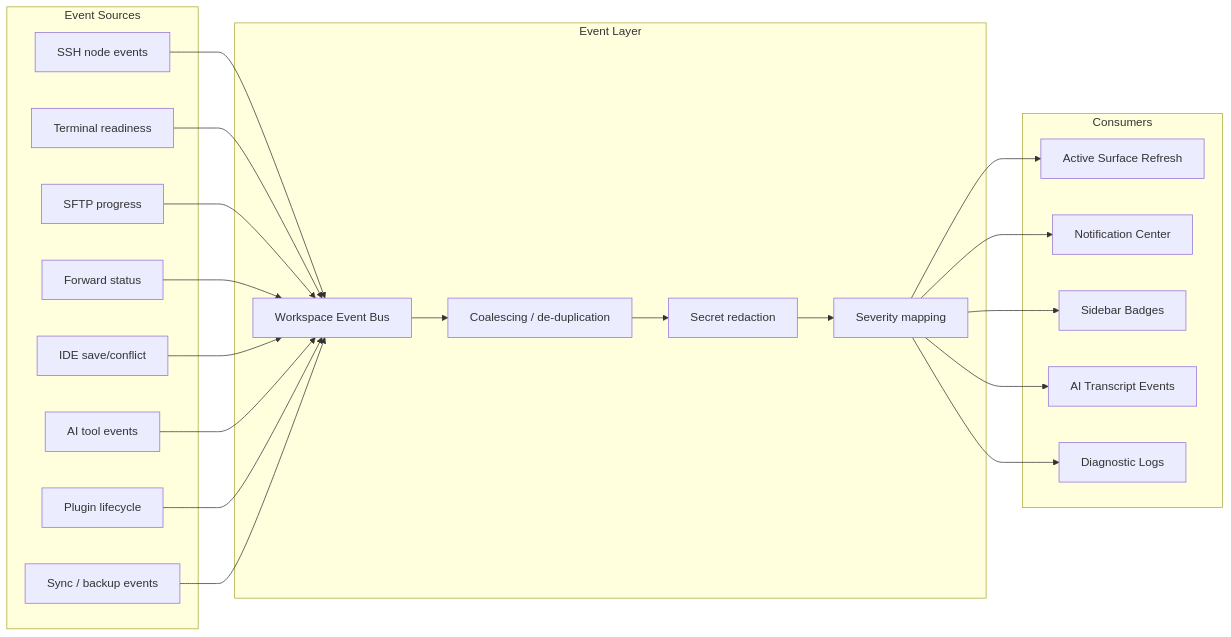
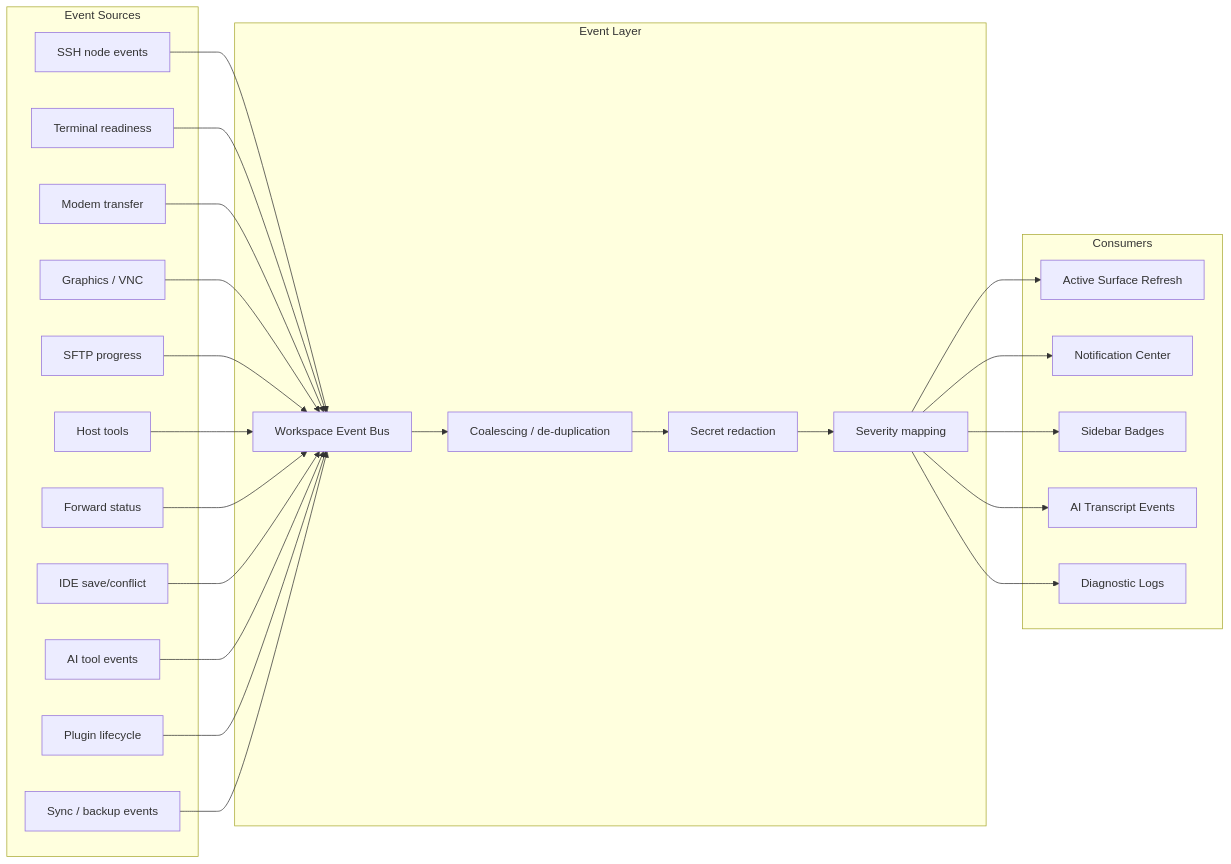
Before and after one commit to AnalyseDeCircuit/oxideterm: diagram 15 of 15 in docs/user-guide/en/architecture.md, drawn with Mermaid. The commit also changed other lines of this file and 17 other files, not shown here.

Commit message:
docs: refresh native architecture guide

````diff
--- a/docs/user-guide/en/architecture.md
+++ b/docs/user-guide/en/architecture.md
@@ -1472,43 +1622,49 @@
 ```mermaid
 flowchart LR
     subgraph Sources["Event Sources"]
         SSH["SSH node events"]
         Term["Terminal readiness"]
+        Modem["Modem transfer"]
+        Graphics["Graphics / VNC"]
         SFTP["SFTP progress"]
+        HostTools["Host tools"]
         Forward["Forward status"]
         IDE["IDE save/conflict"]
         AI["AI tool events"]
         Plugin["Plugin lifecycle"]
         Sync["Sync / backup events"]
     end
 
     subgraph EventLayer["Event Layer"]
         Bus["Workspace Event Bus"]
         Coalesce["Coalescing / de-duplication"]
         Redact["Secret redaction"]
         Severity["Severity mapping"]
     end
 
     subgraph Consumers["Consumers"]
         ActiveSurface["Active Surface Refresh"]
         Notifications["Notification Center"]
         Badges["Sidebar Badges"]
         Transcript["AI Transcript Events"]
         Logs["Diagnostic Logs"]
     end
 
     SSH --> Bus
     Term --> Bus
+    Modem --> Bus
+    Graphics --> Bus
     SFTP --> Bus
+    HostTools --> Bus
     Forward --> Bus
     IDE --> Bus
     AI --> Bus
     Plugin --> Bus
     Sync --> Bus
     Bus --> Coalesce --> Redact --> Severity
     Severity --> ActiveSurface
     Severity --> Notifications
     Severity --> Badges
     Severity --> Transcript
     Severity --> Logs
 ```
````
